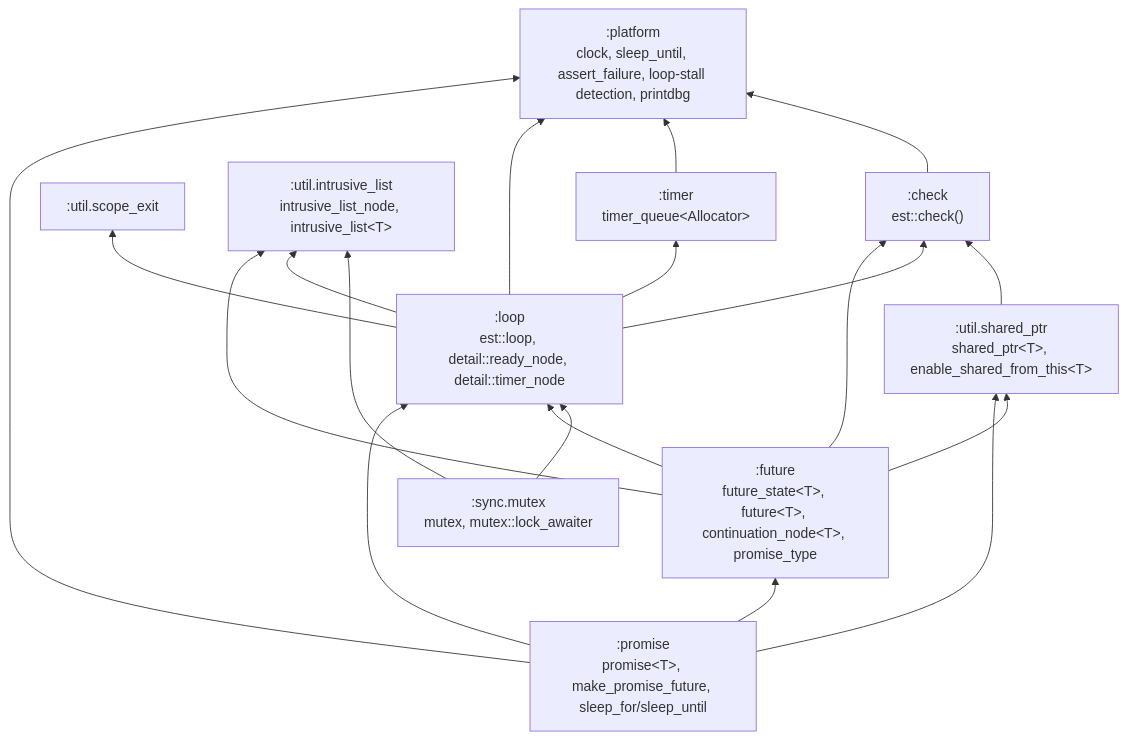
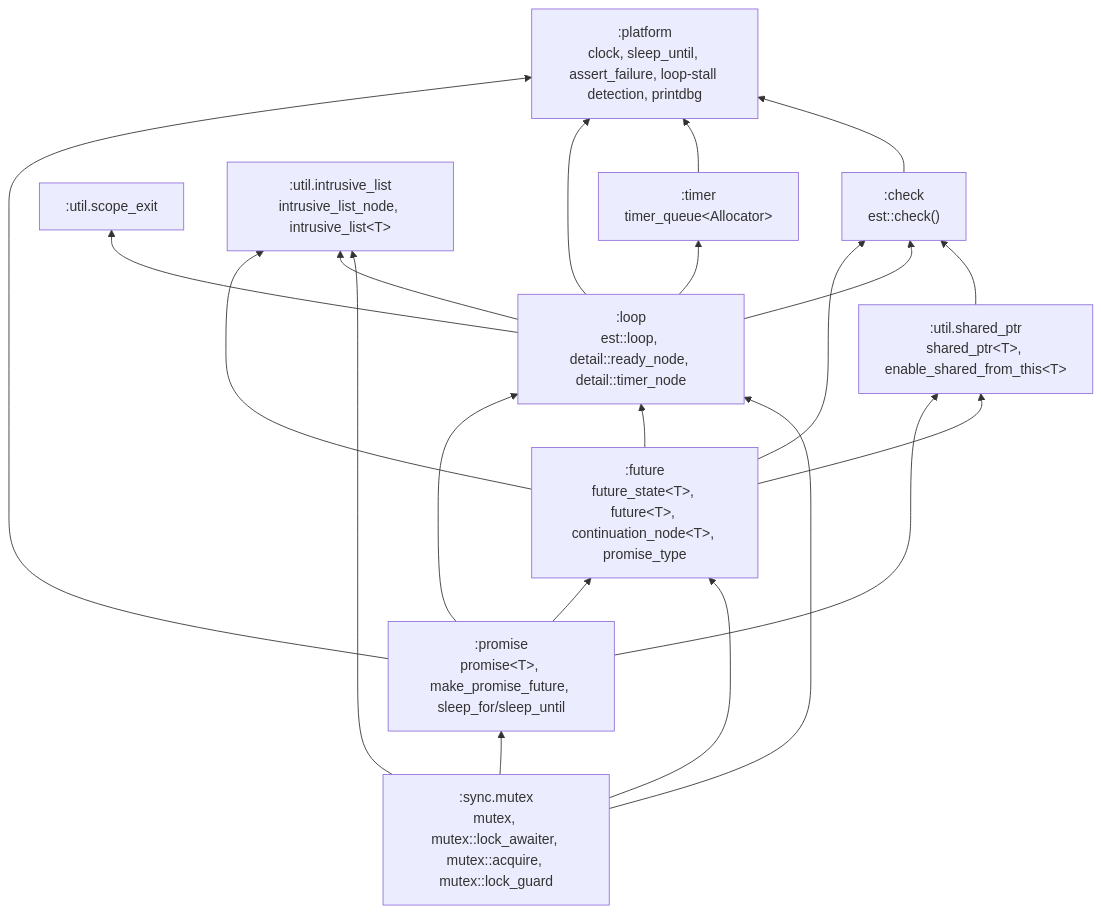
The diagram in docs/wiki/Architecture.md (andijcr/async_experiments), drawn with Mermaid before and after one commit. The commit also changed other lines of this file and 4 other files, not shown here.

````diff
--- a/docs/wiki/Architecture.md
+++ b/docs/wiki/Architecture.md
@@ -10,32 +10,34 @@
 ```mermaid
 graph BT
   platform[":platform<br/>clock, sleep_until, assert_failure, loop-stall detection, printdbg"]
   check[":check<br/>est::check()"]
   scope_exit[":util.scope_exit"]
   shared_ptr[":util.shared_ptr<br/>shared_ptr&lt;T&gt;, enable_shared_from_this&lt;T&gt;"]
   intrusive_list[":util.intrusive_list<br/>intrusive_list_node, intrusive_list&lt;T&gt;"]
-  mutex[":sync.mutex<br/>mutex, mutex::lock_awaiter"]
+  mutex[":sync.mutex<br/>mutex, mutex::lock_awaiter, mutex::acquire, mutex::lock_guard"]
   timer[":timer<br/>timer_queue&lt;Allocator&gt;"]
   loop[":loop<br/>est::loop, detail::ready_node, detail::timer_node"]
   future[":future<br/>future_state&lt;T&gt;, future&lt;T&gt;, continuation_node&lt;T&gt;, promise_type"]
   promise[":promise<br/>promise&lt;T&gt;, make_promise_future, sleep_for/sleep_until"]
 
   check --> platform
   shared_ptr --> check
   mutex --> intrusive_list
   mutex --> loop
+  mutex --> future
+  mutex --> promise
   timer --> platform
   loop --> check
   loop --> platform
   loop --> intrusive_list
   loop --> timer
   loop --> scope_exit
   future --> check
   future --> loop
   future --> intrusive_list
   future --> shared_ptr
   promise --> future
   promise --> loop
   promise --> platform
   promise --> shared_ptr
 ```
````
